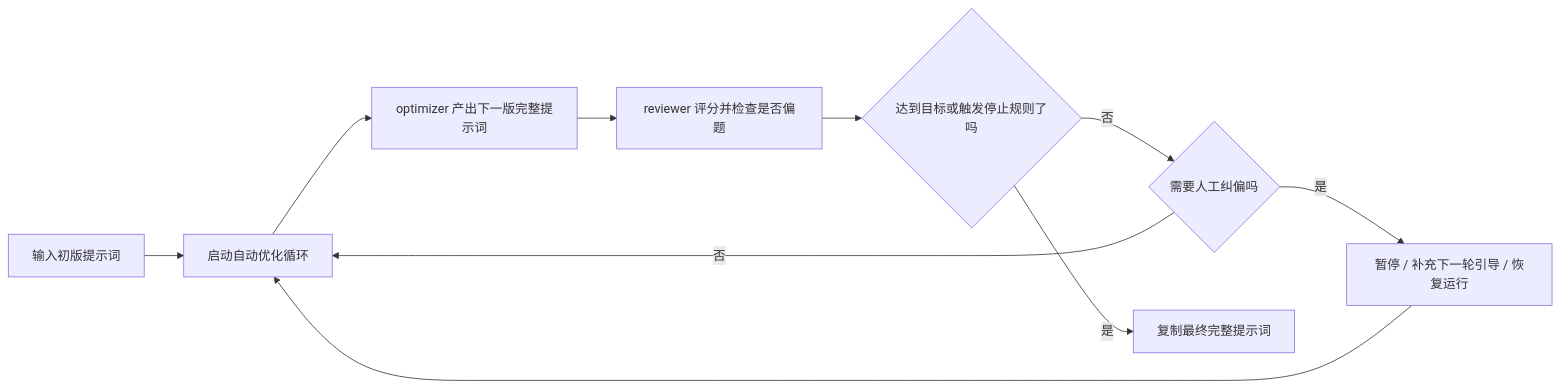
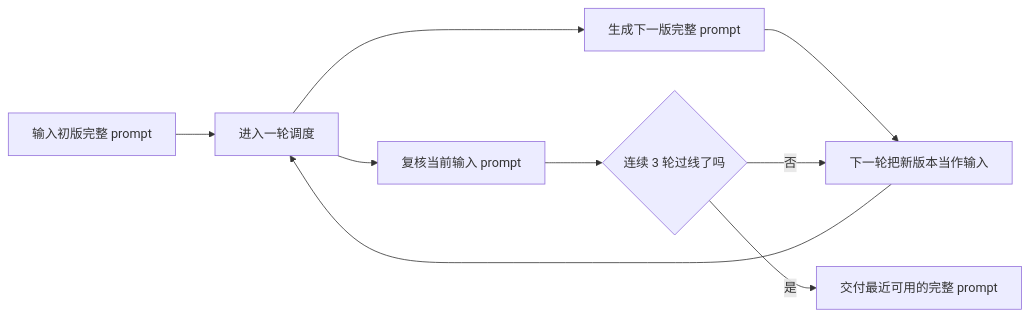
Before and after one commit to Pegparticularised945/prompt-optimizer-studio: the diagram in README.md, drawn with Mermaid. The commit also changed other lines of this file and 2 other files, not shown here.

````diff
--- a/README.md
+++ b/README.md
@@ -54,12 +56,11 @@
 ```mermaid
 flowchart LR
-    A[输入初版提示词] --> B[启动自动优化循环]
-    B --> C[optimizer 产出下一版完整提示词]
-    C --> D[reviewer 评分并检查是否偏题]
-    D --> E{达到目标或触发停止规则了吗}
-    E -- 否 --> F{需要人工纠偏吗}
-    F -- 否 --> B
-    F -- 是 --> G[暂停 / 补充下一轮引导 / 恢复运行]
-    G --> B
-    E -- 是 --> H[复制最终完整提示词]
+    A[输入初版完整 prompt] --> B[进入一轮调度]
+    B --> C[复核当前输入 prompt]
+    B --> D[生成下一版完整 prompt]
+    C --> E{连续 3 轮过线了吗}
+    D --> F[下一轮把新版本当作输入]
+    E -- 否 --> F
+    F --> B
+    E -- 是 --> G[交付最近可用的完整 prompt]
 ```
````
